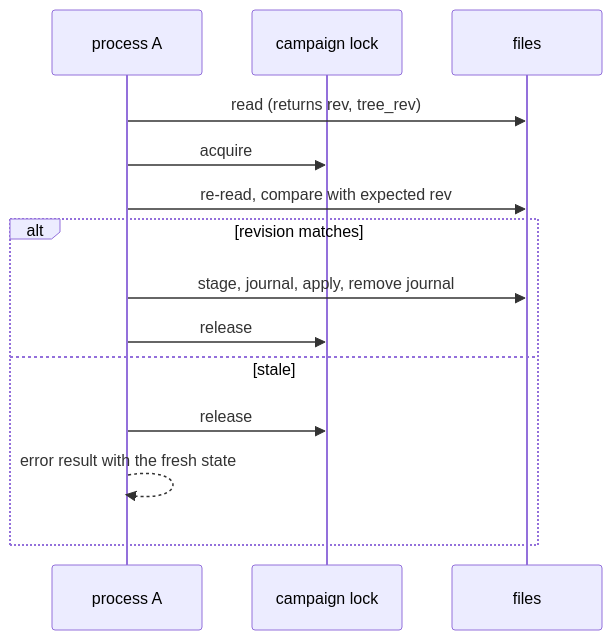
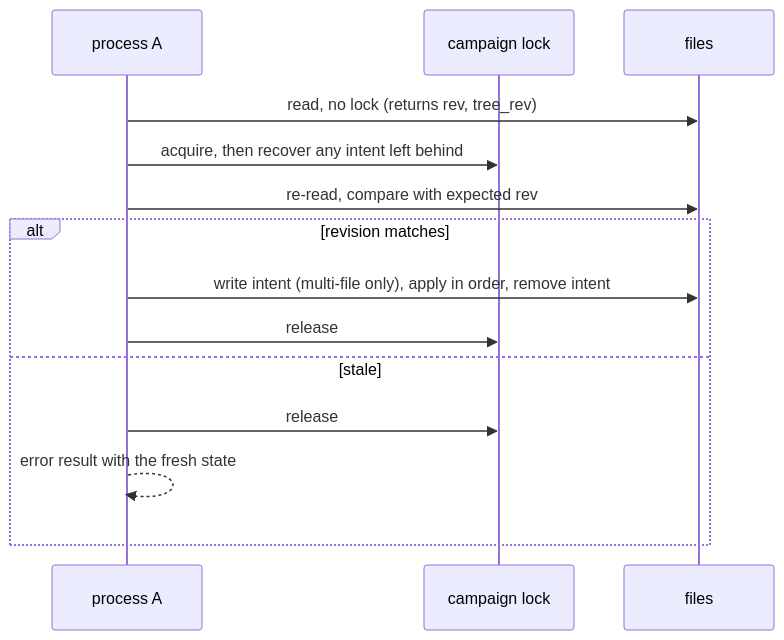
The third of 4 diagrams in __design__/rdm/architecture.md (CrackingShells/cracking-shells-playbook), drawn with Mermaid before and after one commit. The commit also changed other lines of this file and 2 other files, not shown here.

````diff
--- a/__design__/rdm/architecture.md
+++ b/__design__/rdm/architecture.md
@@ -166,16 +183,16 @@
 ```mermaid
 sequenceDiagram
   participant A as process A
   participant L as campaign lock
   participant F as files
-  A->>F: read (returns rev, tree_rev)
-  A->>L: acquire
+  A->>F: read, no lock (returns rev, tree_rev)
+  A->>L: acquire, then recover any intent left behind
   A->>F: re-read, compare with expected rev
   alt revision matches
-    A->>F: stage, journal, apply, remove journal
+    A->>F: write intent (multi-file only), apply in order, remove intent
     A->>L: release
   else stale
     A->>L: release
     A-->>A: error result with the fresh state
   end
 ```
````
